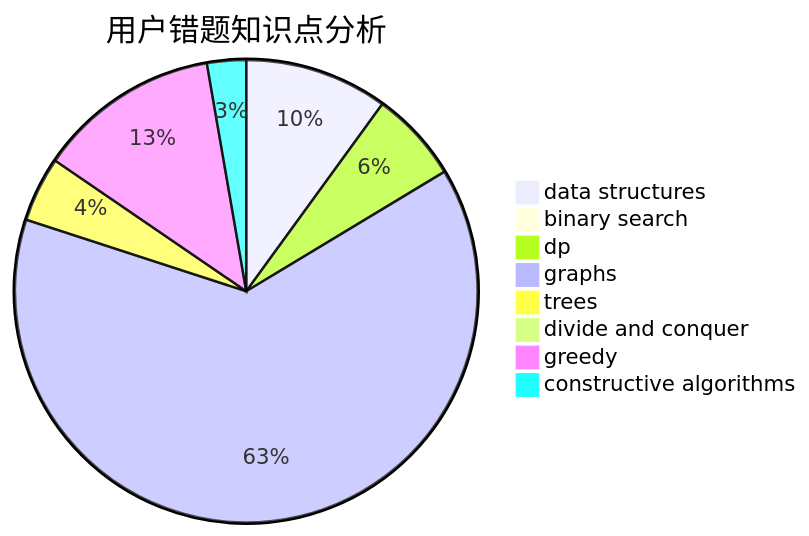
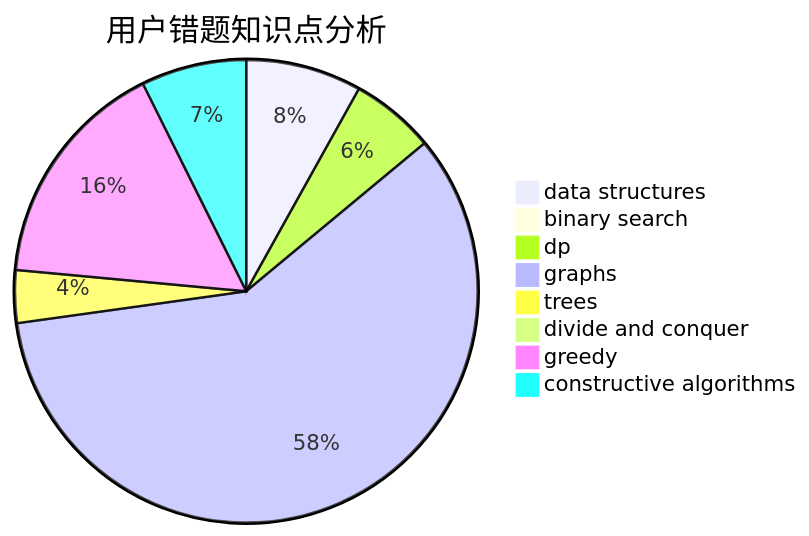
The third of 3 diagrams in docs/user/u2158.md (sherpahu/cfrs.github.io), drawn with Mermaid before and after one commit. The commit also changed other lines of this file and 2770 other files, not shown here.

````diff
--- a/docs/user/u2158.md
+++ b/docs/user/u2158.md
@@ -36,11 +36,11 @@
 ```mermaid
 pie title 用户错题知识点分析
     "data structures" :  11
     "binary search" :  1
-    "dp" :  7
-    "graphs" :  70
+    "dp" :  8
+    "graphs" :  80
     "trees" :  5
     "divide and conquer" :  1
-    "greedy" :  14
-    "constructive algorithms" :  3
+    "greedy" :  22
+    "constructive algorithms" :  10
 ```
````
